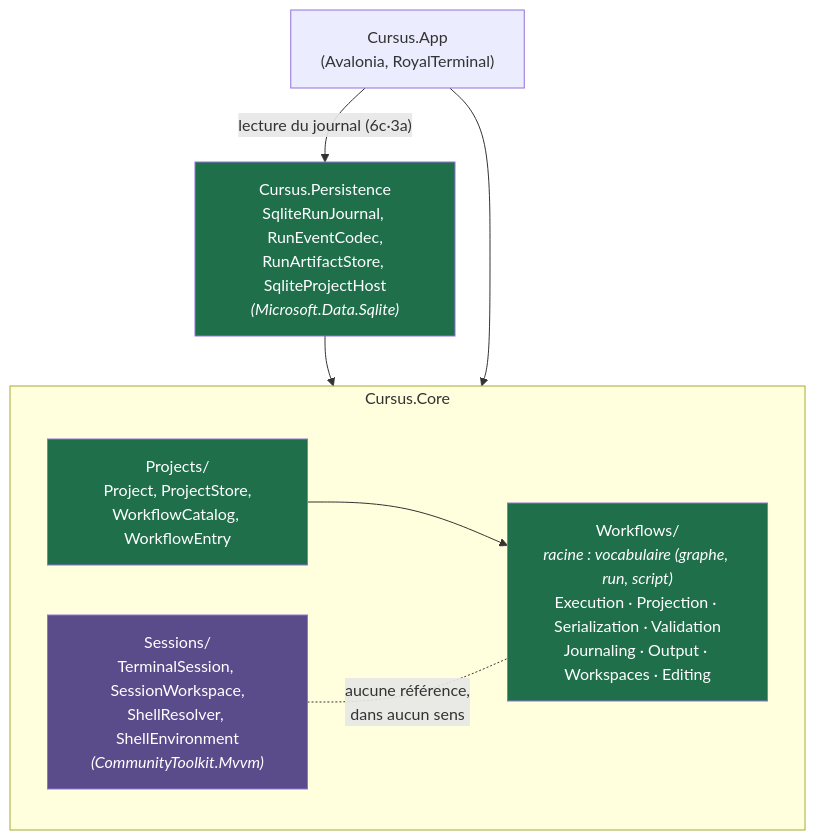
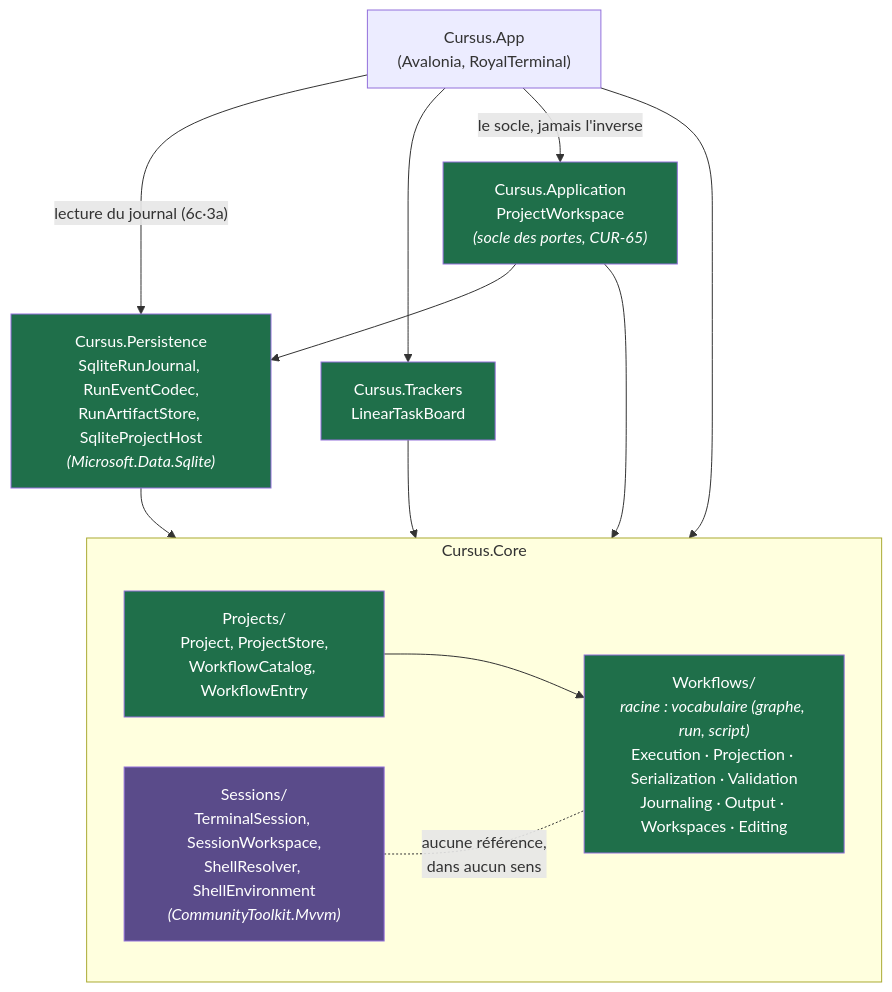
Before and after one commit to Apemb/Cursus: the first of 4 diagrams in docs/design/architecture.md, drawn with Mermaid. The commit also changed other lines of this file and 2 other files, not shown here.

First line of the commit message:
docs(socle): le quatrième projet de composition passe d'écarté à retenu (D-074)

````diff
--- a/docs/design/architecture.md
+++ b/docs/design/architecture.md
@@ -58,18 +59,25 @@
 ```mermaid
 graph TD
     subgraph CoreLib["Cursus.Core"]
         Sessions["Sessions/<br/>TerminalSession, SessionWorkspace,<br/>ShellResolver, ShellEnvironment<br/><i>(CommunityToolkit.Mvvm)</i>"]
         Workflows["Workflows/<br/><i>racine : vocabulaire (graphe, run, script)</i><br/>Execution · Projection · Serialization · Validation<br/>Journaling · Output · Workspaces · Editing"]
         Projects["Projects/<br/>Project, ProjectStore,<br/>WorkflowCatalog, WorkflowEntry"]
     end
     Projects --> Workflows
     Persistence["Cursus.Persistence<br/>SqliteRunJournal, RunEventCodec,<br/>RunArtifactStore, SqliteProjectHost<br/><i>(Microsoft.Data.Sqlite)</i>"] --> CoreLib
+    Trackers["Cursus.Trackers<br/>LinearTaskBoard"] --> CoreLib
+    Application["Cursus.Application<br/>ProjectWorkspace<br/><i>(socle des portes, CUR-65)</i>"] --> CoreLib
+    Application --> Persistence
     App["Cursus.App<br/>(Avalonia, RoyalTerminal)"] --> CoreLib
     App -- "lecture du journal (6c·3a)" --> Persistence
+    App --> Trackers
+    App -- "le socle, jamais l'inverse" --> Application
     Sessions -. "aucune référence,<br/>dans aucun sens" .- Workflows
 
     style Workflows fill:#1f6f4a,color:#fff
     style Projects fill:#1f6f4a,color:#fff
     style Persistence fill:#1f6f4a,color:#fff
+    style Application fill:#1f6f4a,color:#fff
+    style Trackers fill:#1f6f4a,color:#fff
     style Sessions fill:#5a4b8a,color:#fff
 ```
````
